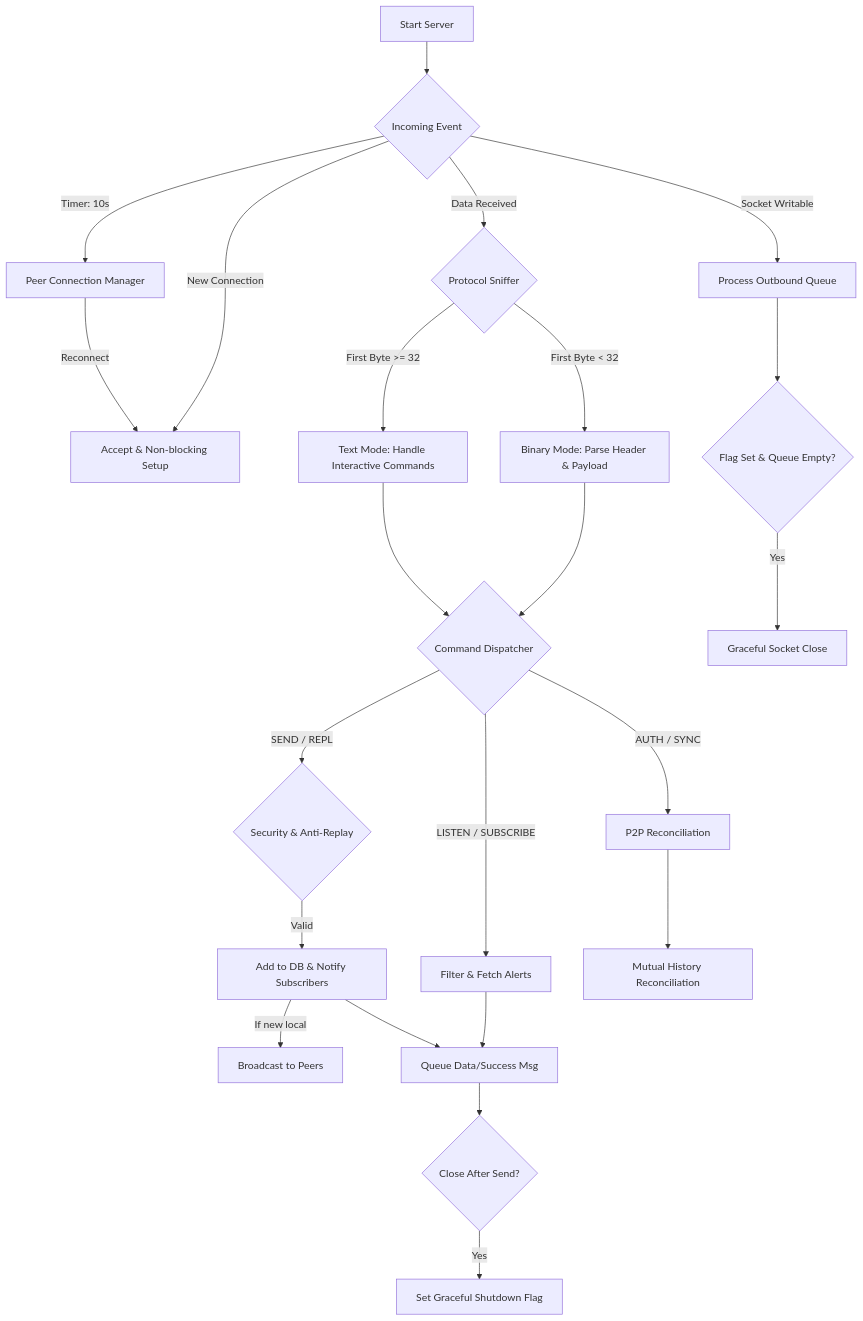
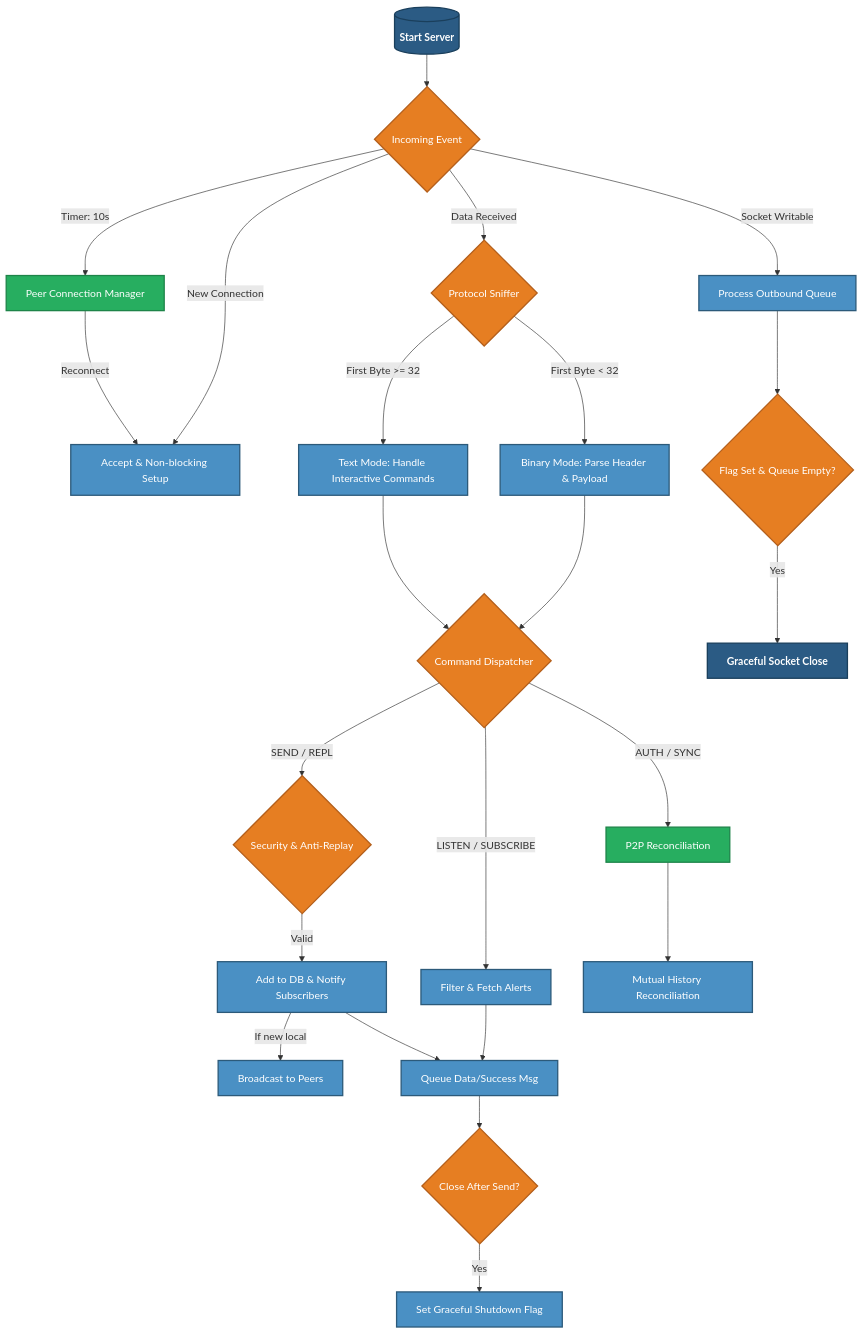
One commit to psqlmaster/gorgona changed the first of 2 diagrams in readme.md. Above: the diagram before and after it, drawn with Mermaid. The commit also changed other lines of this file, not shown here.

Commit message:
docs(readme): refactor

````diff
--- a/readme.md
+++ b/readme.md
@@ -595,33 +595,44 @@
 ```mermaid
 graph TD
-    A[Start Server] --> B{Incoming Event}
-    B -->|New Connection| C[Accept & Non-blocking Setup]
+    A[("Start Server")] --> B{Incoming Event}
+    B -->|New Connection| C["Accept & Non-blocking Setup"]
     B -->|Data Received| D{Protocol Sniffer}
-    B -->|Timer: 10s| REPL_MGR[Peer Connection Manager]
+    B -->|Timer: 10s| REPL_MGR["Peer Connection Manager"]
 
-    D -->|First Byte < 32| E[Binary Mode: Parse Header & Payload]
-    D -->|First Byte >= 32| F[Text Mode: Handle Interactive Commands]
+    D -->|First Byte < 32| E["Binary Mode: Parse Header & Payload"]
+    D -->|First Byte >= 32| F["Text Mode: Handle Interactive Commands"]
 
     E --> G{Command Dispatcher}
     F --> G
 
-    G -->|AUTH / SYNC| REPL_LOGIC[P2P Reconciliation]
+    G -->|AUTH / SYNC| REPL_LOGIC["P2P Reconciliation"]
     G -->|SEND / REPL| H{Security & Anti-Replay}
-    G -->|LISTEN / SUBSCRIBE| I[Filter & Fetch Alerts]
+    G -->|LISTEN / SUBSCRIBE| I["Filter & Fetch Alerts"]
 
-    H -->|Valid| K[Add to DB & Notify Subscribers]
-    K -->|If new local| FORWARD[Broadcast to Peers]
+    H -->|Valid| K["Add to DB & Notify Subscribers"]
+    K -->|If new local| FORWARD["Broadcast to Peers"]
 
-    REPL_LOGIC --> REPL_SYNC[Mutual History Reconciliation]
+    REPL_LOGIC --> REPL_SYNC["Mutual History Reconciliation"]
     REPL_MGR -->|Reconnect| C
 
-    I --> L[Queue Data/Success Msg]
+    I --> L["Queue Data/Success Msg"]
     K --> L
 
     L --> M{Close After Send?}
-    M -->|Yes| N[Set Graceful Shutdown Flag]
+    M -->|Yes| N["Set Graceful Shutdown Flag"]
 
-    B -->|Socket Writable| O[Process Outbound Queue]
+    B -->|Socket Writable| O["Process Outbound Queue"]
     O --> P{Flag Set & Queue Empty?}
-    P -->|Yes| Q[Graceful Socket Close]
+    P -->|Yes| Q["Graceful Socket Close"]
+
+    %% Styles
+    classDef startEnd fill:#2b5b84,stroke:#1a3f5c,stroke-width:2px,color:#fff,font-weight:bold
+    classDef process fill:#4a90c4,stroke:#2c5a7a,stroke-width:2px,color:#fff
+    classDef decision fill:#e67e22,stroke:#b45f1b,stroke-width:2px,color:#fff
+    classDef special fill:#27ae60,stroke:#1e8449,stroke-width:2px,color:#fff
+
+    class A,Q startEnd
+    class C,E,F,I,K,FORWARD,REPL_SYNC,L,N,O process
+    class B,D,G,H,M,P decision
+    class REPL_MGR,REPL_LOGIC special
 ```
````
